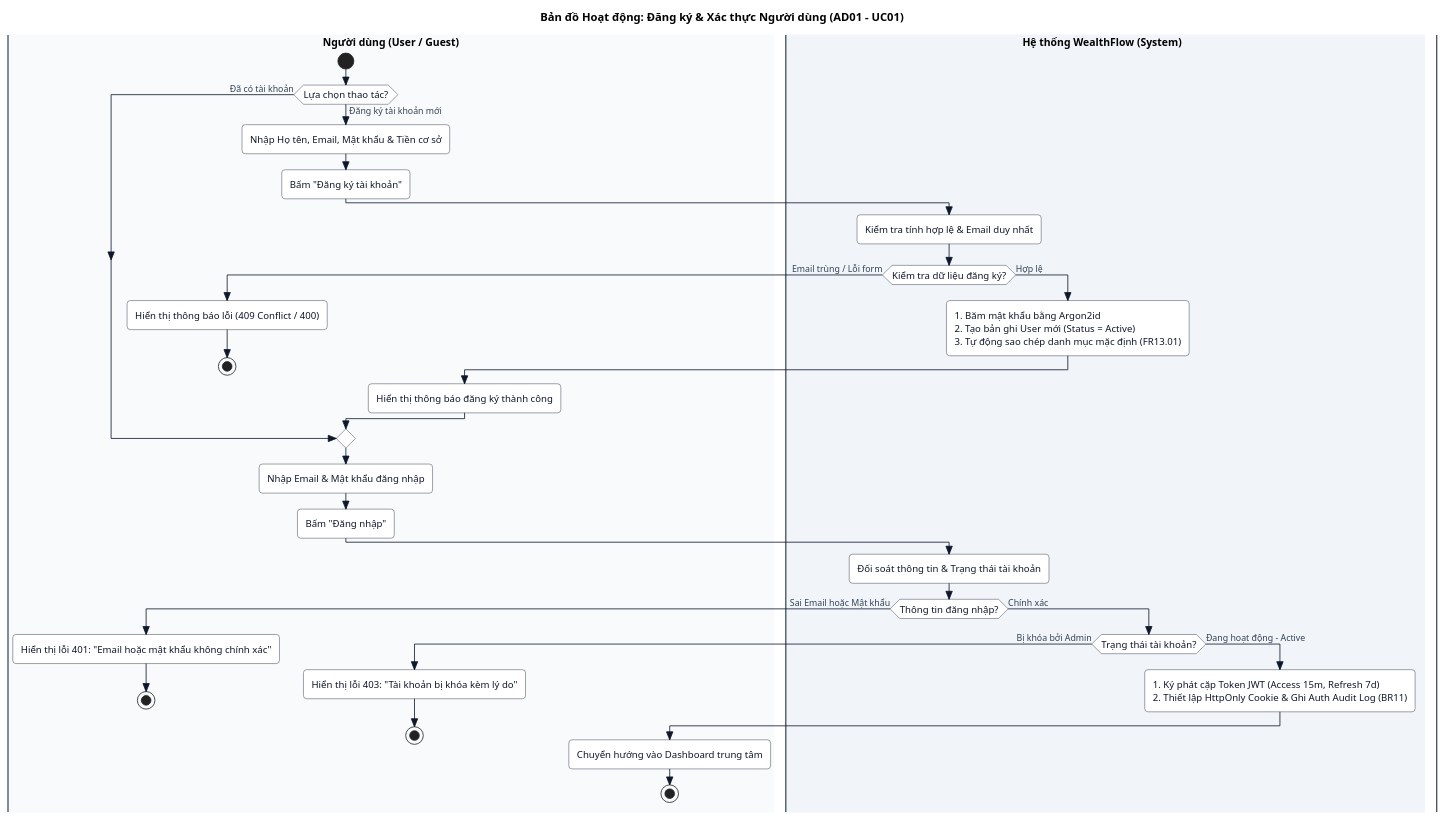
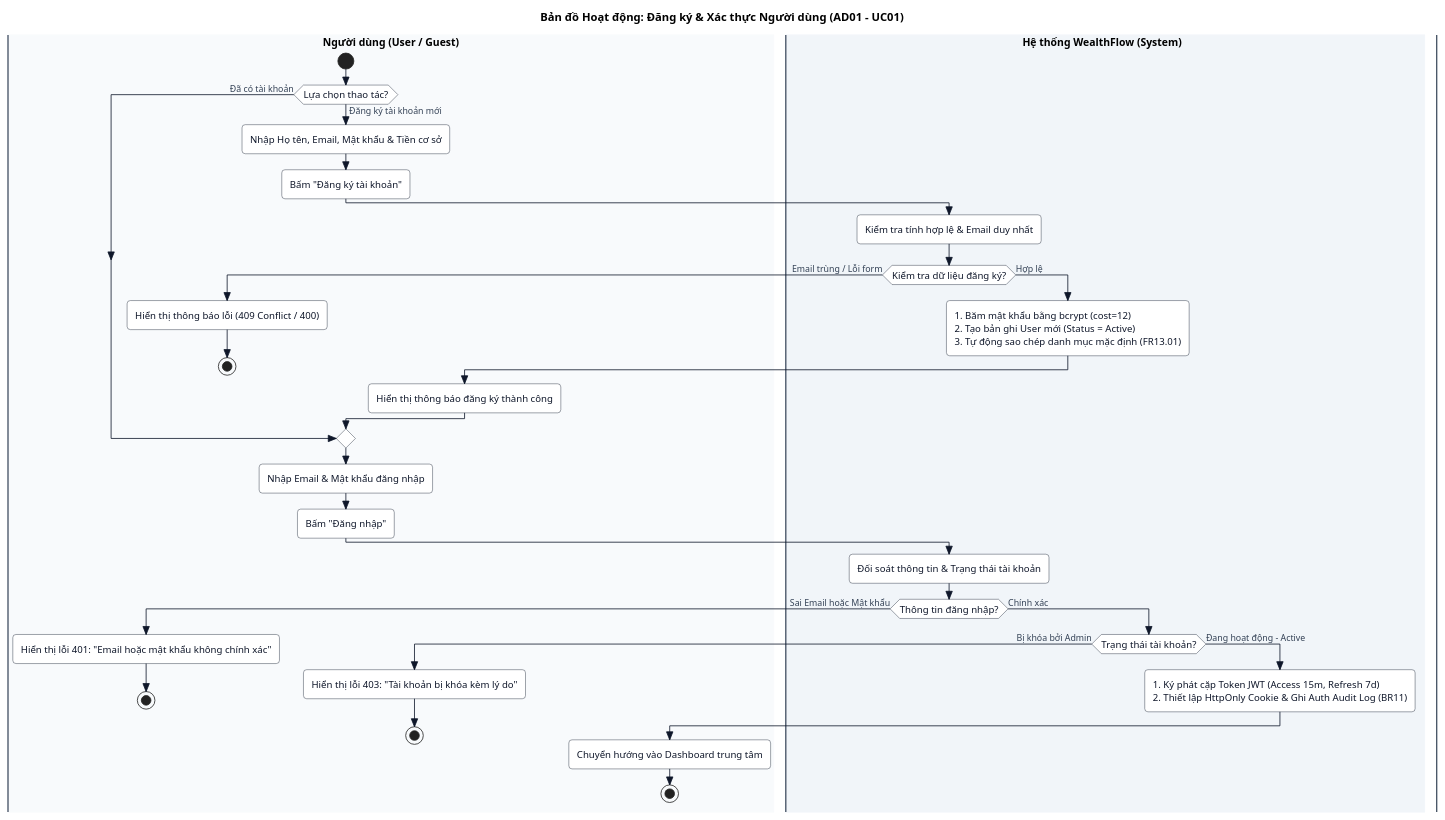
Before and after one commit to huytothevoz/SE---Microfinance-Personal-Wealth-Expense-Tracker: the diagram in docs/02_elaboration/uml_modeling/activity_diagram/sources/ad01.puml, drawn with PlantUML. The commit also changed 8 other files, not shown here.

Commit message:
docs(uml): sync activity, sequence and class diagrams with backend auth and SRS rules

```diff
--- a/docs/02_elaboration/uml_modeling/activity_diagram/sources/ad01.puml
+++ b/docs/02_elaboration/uml_modeling/activity_diagram/sources/ad01.puml
@@ -1,70 +1,70 @@
 title Bản đồ Hoạt động: Đăng ký & Xác thực Người dùng (AD01 - UC01)
 
 skinparam style strictuml
 skinparam defaultFontName "Segoe UI", Arial, sans-serif
 skinparam defaultFontSize 12
 skinparam roundCorner 8
 skinparam swimlaneWidth same
 skinparam swimlaneBorderColor #334155
 skinparam swimlaneBorderThickness 1.5
 skinparam swimlaneTitleFontStyle bold
 skinparam swimlaneTitleFontSize 13
 
 skinparam ActivityBorderColor #0F172A
 skinparam ActivityBackgroundColor #FFFFFF
 skinparam ActivityFontSize 12
 skinparam ActivityFontColor #0F172A
 skinparam ActivityDiamondBorderColor #0F172A
 skinparam ActivityDiamondBackgroundColor #FFFFFF
 
 skinparam ArrowColor #0F172A
 skinparam ArrowFontSize 11
 skinparam ArrowFontColor #334155
 
 
 |#F8FAFC|Người dùng (User / Guest)|
 start
 
 if (Lựa chọn thao tác?) then (Đăng ký tài khoản mới)
   :Nhập Họ tên, Email, Mật khẩu & Tiền cơ sở;
   :Bấm "Đăng ký tài khoản";
 
   |#F1F5F9|Hệ thống WealthFlow (System)|
   :Kiểm tra tính hợp lệ & Email duy nhất;
   if (Kiểm tra dữ liệu đăng ký?) then (Email trùng / Lỗi form)
     |#F8FAFC|Người dùng (User / Guest)|
     :Hiển thị thông báo lỗi (409 Conflict / 400);
     stop
   else (Hợp lệ)
     |#F1F5F9|Hệ thống WealthFlow (System)|
-    :1. Băm mật khẩu bằng Argon2id\n2. Tạo bản ghi User mới (Status = Active)\n3. Tự động sao chép danh mục mặc định (FR13.01);
+    :1. Băm mật khẩu bằng bcrypt (cost=12)\n2. Tạo bản ghi User mới (Status = Active)\n3. Tự động sao chép danh mục mặc định (FR13.01);
     |#F8FAFC|Người dùng (User / Guest)|
     :Hiển thị thông báo đăng ký thành công;
   endif
 else (Đã có tài khoản)
 endif
 
 |#F8FAFC|Người dùng (User / Guest)|
 :Nhập Email & Mật khẩu đăng nhập;
 :Bấm "Đăng nhập";
 
 |#F1F5F9|Hệ thống WealthFlow (System)|
 :Đối soát thông tin & Trạng thái tài khoản;
 if (Thông tin đăng nhập?) then (Sai Email hoặc Mật khẩu)
   |#F8FAFC|Người dùng (User / Guest)|
   :Hiển thị lỗi 401: "Email hoặc mật khẩu không chính xác";
   stop
 else (Chính xác)
   |#F1F5F9|Hệ thống WealthFlow (System)|
   if (Trạng thái tài khoản?) then (Bị khóa bởi Admin)
     |#F8FAFC|Người dùng (User / Guest)|
     :Hiển thị lỗi 403: "Tài khoản bị khóa kèm lý do";
     stop
   else (Đang hoạt động - Active)
     |#F1F5F9|Hệ thống WealthFlow (System)|
     :1. Ký phát cặp Token JWT (Access 15m, Refresh 7d)\n2. Thiết lập HttpOnly Cookie & Ghi Auth Audit Log (BR11);
     |#F8FAFC|Người dùng (User / Guest)|
     :Chuyển hướng vào Dashboard trung tâm;
     stop
   endif
 endif
```
